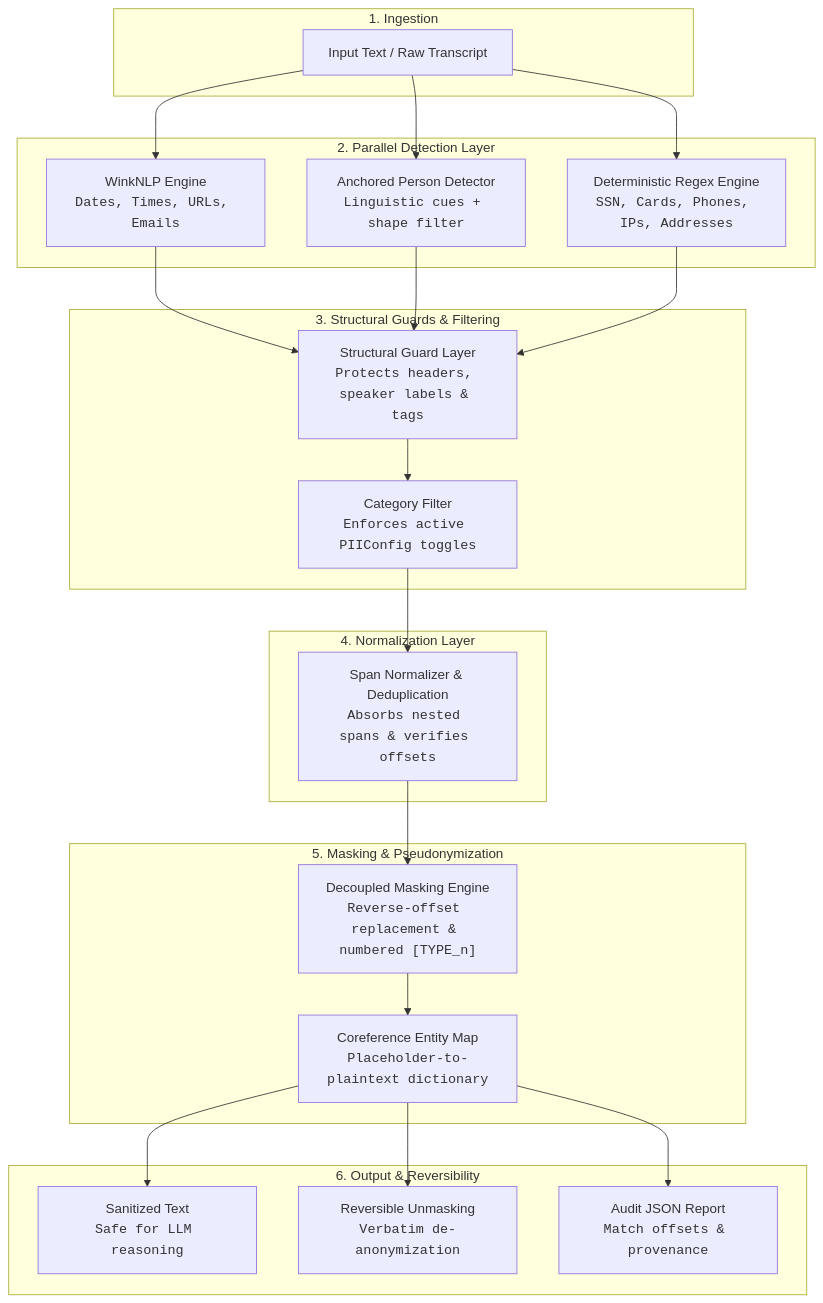
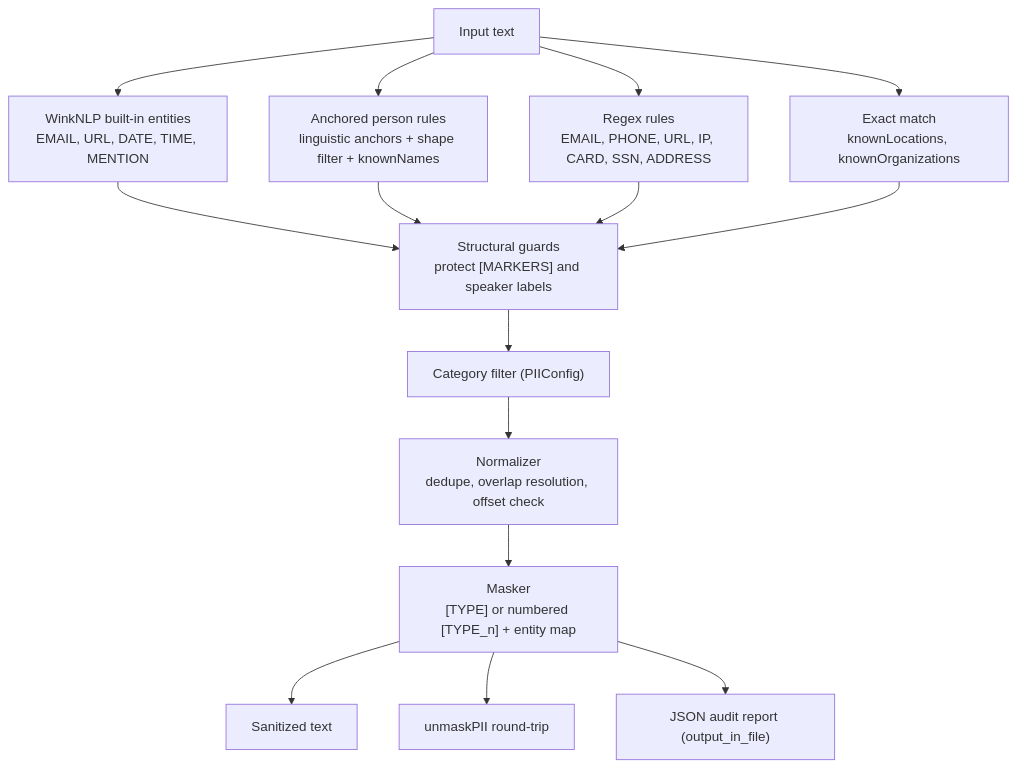
One commit to Ahmed-Maher77/LLM-Privacy-Gateway___PII-De-identification-and-Re-identification changed the diagram in README.md. Above: the diagram before and after it, drawn with Mermaid. The commit also changed other lines of this file, not shown here.

Commit message:
docs: restructure the README (at a glance, quick start, usage, configuration) and correct details against the code

````diff
--- a/README.md
+++ b/README.md
@@ -138,42 +171,14 @@
 ```mermaid
 flowchart TD
-    subgraph S1["1. Ingestion"]
-        A["Input Text / Raw Transcript"]
-    end
-
-    subgraph S2["2. Parallel Detection Layer"]
-        B1["WinkNLP Engine<br/><code>Dates, Times, URLs, Emails</code>"]
-        B2["Anchored Person Detector<br/><code>Linguistic cues + shape filter</code>"]
-        B3["Deterministic Regex Engine<br/><code>SSN, Cards, Phones, IPs, Addresses</code>"]
-    end
-
-    subgraph S3["3. Structural Guards & Filtering"]
-        C["Structural Guard Layer<br/><code>Protects headers, speaker labels & tags</code>"]
-        D["Category Filter<br/><code>Enforces active PIIConfig toggles</code>"]
-    end
-
-    subgraph S4["4. Normalization Layer"]
-        E["Span Normalizer & Deduplication<br/><code>Absorbs nested spans & verifies offsets</code>"]
-    end
-
-    subgraph S5["5. Masking & Pseudonymization"]
-        F["Decoupled Masking Engine<br/><code>Reverse-offset replacement & numbered [TYPE_n]</code>"]
-        G["Coreference Entity Map<br/><code>Placeholder-to-plaintext dictionary</code>"]
-    end
-
-    subgraph S6["6. Output & Reversibility"]
-        H1["Sanitized Text<br/><code>Safe for LLM reasoning</code>"]
-        H2["Reversible Unmasking<br/><code>Verbatim de-anonymization</code>"]
-        H3["Audit JSON Report<br/><code>Match offsets & provenance</code>"]
-    end
-
-    A --> B1 & B2 & B3
-    B1 & B2 & B3 --> C
-    C --> D
-    D --> E
-    E --> F
-    F --> G
-    G --> H1
-    G --> H2
-    G --> H3
+    A["Input text"] --> B1["WinkNLP built-in entities<br/>EMAIL, URL, DATE, TIME, MENTION"]
+    A --> B2["Anchored person rules<br/>linguistic anchors + shape filter + knownNames"]
+    A --> B3["Regex rules<br/>EMAIL, PHONE, URL, IP, CARD, SSN, ADDRESS"]
+    A --> B4["Exact match<br/>knownLocations, knownOrganizations"]
+    B1 & B2 & B3 & B4 --> C["Structural guards<br/>protect [MARKERS] and speaker labels"]
+    C --> D["Category filter (PIIConfig)"]
+    D --> E["Normalizer<br/>dedupe, overlap resolution, offset check"]
+    E --> F["Masker<br/>[TYPE] or numbered [TYPE_n] + entity map"]
+    F --> G1["Sanitized text"]
+    F --> G2["unmaskPII round-trip"]
+    F --> G3["JSON audit report (output_in_file)"]
 ```
````
